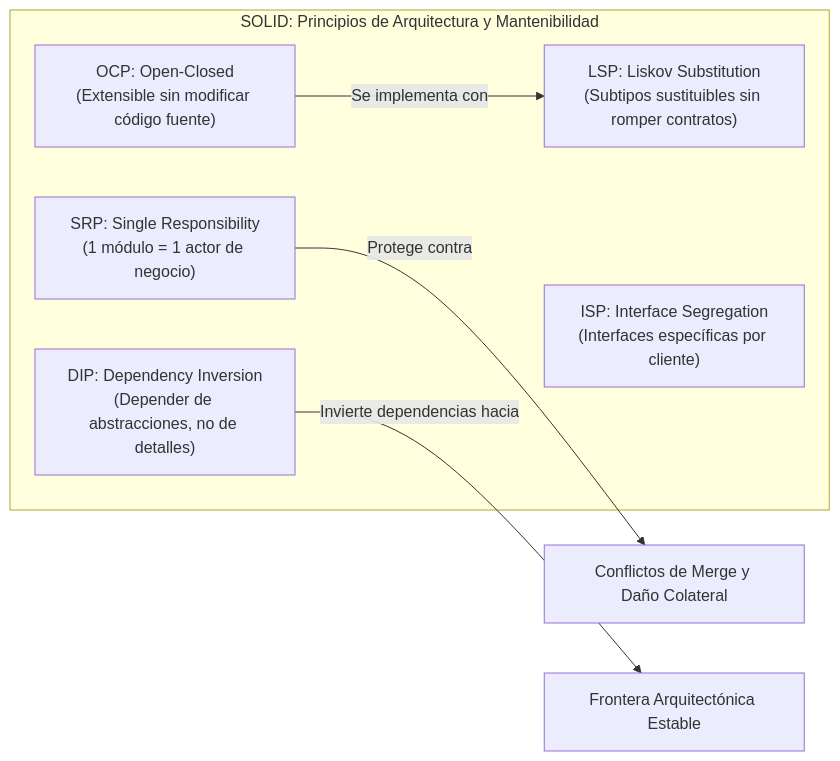
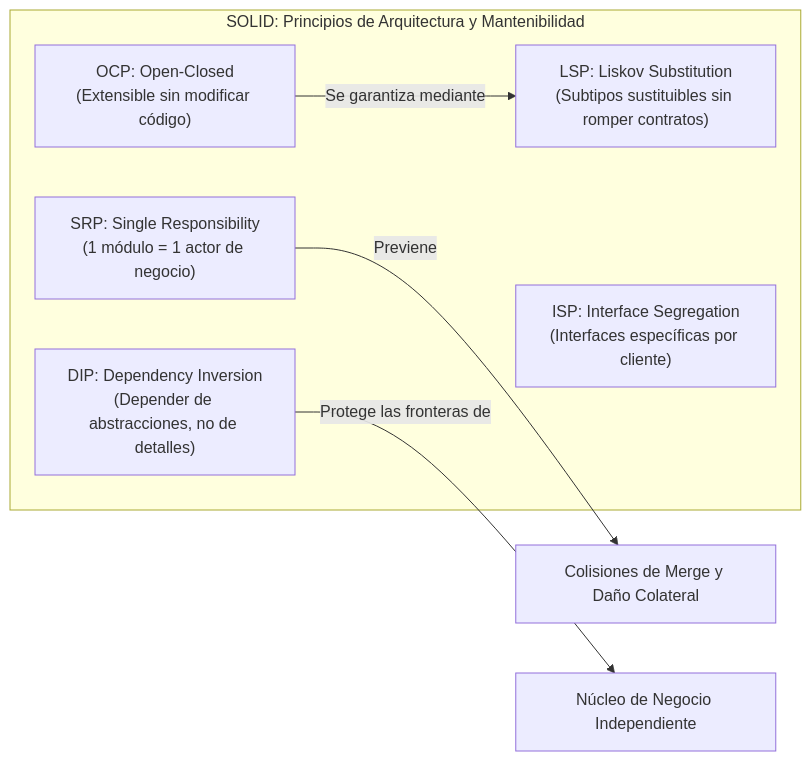
The fourth of 5 diagrams in docs/diseno-de-software-1/semana-1/02-solid-grasp.md (Kelocoes/docukelo-icesi), drawn with Mermaid before and after one commit. The commit also changed other lines of this file and 4 other files, not shown here.

````diff
--- a/docs/diseno-de-software-1/semana-1/02-solid-grasp.md
+++ b/docs/diseno-de-software-1/semana-1/02-solid-grasp.md
@@ -248,14 +299,14 @@
 ```mermaid
 graph LR
     subgraph "SOLID: Principios de Arquitectura y Mantenibilidad"
         SRP["SRP: Single Responsibility<br/>(1 módulo = 1 actor de negocio)"]
-        OCP["OCP: Open-Closed<br/>(Extensible sin modificar código fuente)"]
+        OCP["OCP: Open-Closed<br/>(Extensible sin modificar código)"]
         LSP["LSP: Liskov Substitution<br/>(Subtipos sustituibles sin romper contratos)"]
         ISP["ISP: Interface Segregation<br/>(Interfaces específicas por cliente)"]
         DIP["DIP: Dependency Inversion<br/>(Depender de abstracciones, no de detalles)"]
     end
 
-    SRP -->|Protege contra| MergeConflicts["Conflictos de Merge y Daño Colateral"]
-    OCP -->|Se implementa con| LSP
-    DIP -->|Invierte dependencias hacia| Inversion["Frontera Arquitectónica Estable"]
+    SRP -->|Previene| MergeConflicts["Colisiones de Merge y Daño Colateral"]
+    OCP -->|Se garantiza mediante| LSP
+    DIP -->|Protege las fronteras de| Architecture["Núcleo de Negocio Independiente"]
 ```
````
